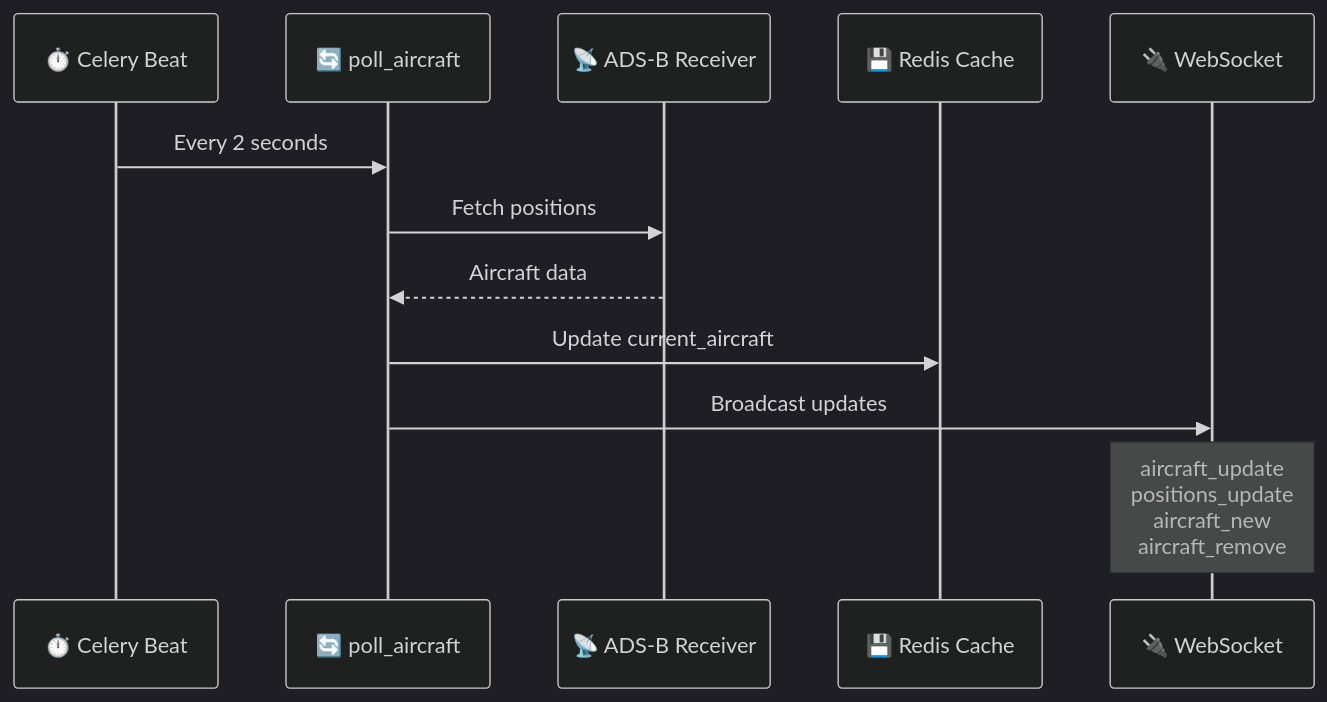
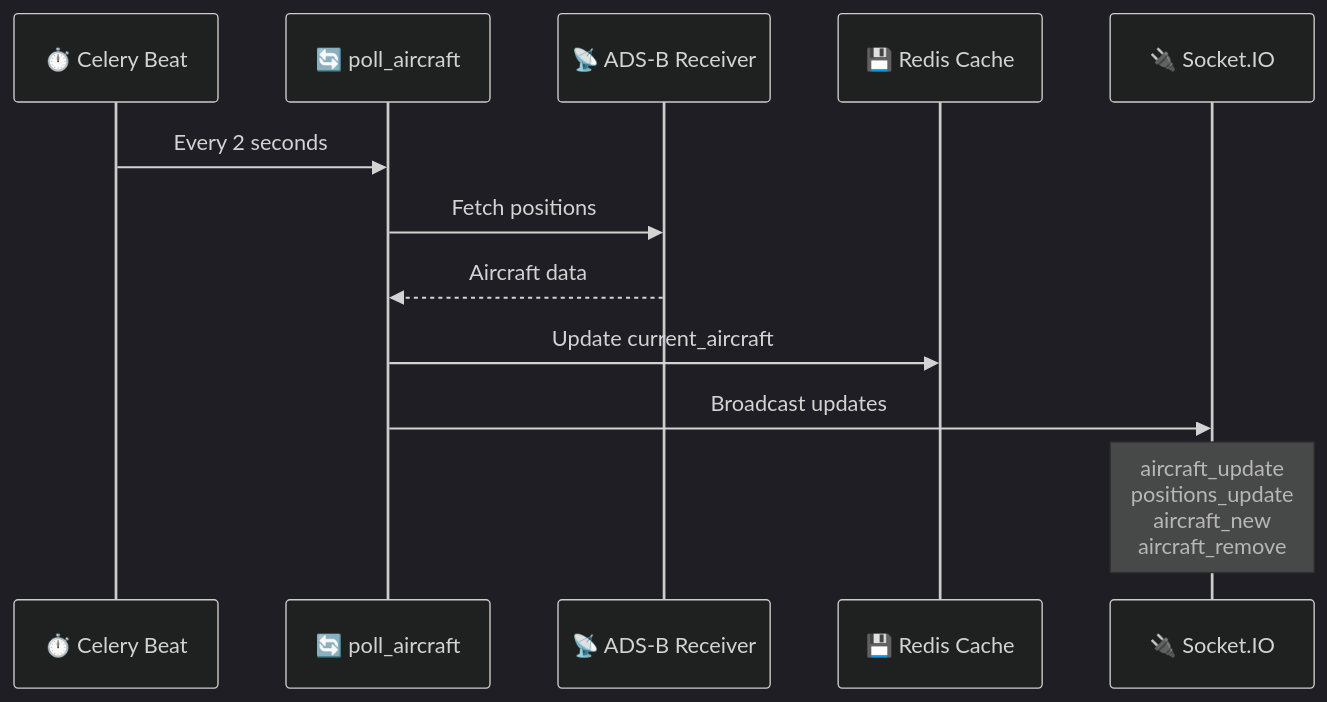
Before and after one commit to CHA0S-CORP/SkySpy: the third of 10 diagrams in docs/09-background-tasks.md, drawn with Mermaid (dark theme). The commit also changed 66 other files, not shown here.

````diff
--- a/docs/09-background-tasks.md
+++ b/docs/09-background-tasks.md
@@ -131,15 +131,15 @@
 ```mermaid
 sequenceDiagram
     participant Beat as ⏱️ Celery Beat
     participant Task as 🔄 poll_aircraft
     participant ADS-B as 📡 ADS-B Receiver
     participant Cache as 💾 Redis Cache
-    participant WS as 🔌 WebSocket
+    participant SIO as 🔌 Socket.IO
 
     Beat->>Task: Every 2 seconds
     Task->>ADS-B: Fetch positions
     ADS-B-->>Task: Aircraft data
     Task->>Cache: Update current_aircraft
-    Task->>WS: Broadcast updates
-    Note over WS: aircraft_update<br/>positions_update<br/>aircraft_new<br/>aircraft_remove
+    Task->>SIO: Broadcast updates
+    Note over SIO: aircraft_update<br/>positions_update<br/>aircraft_new<br/>aircraft_remove
 ```
````
